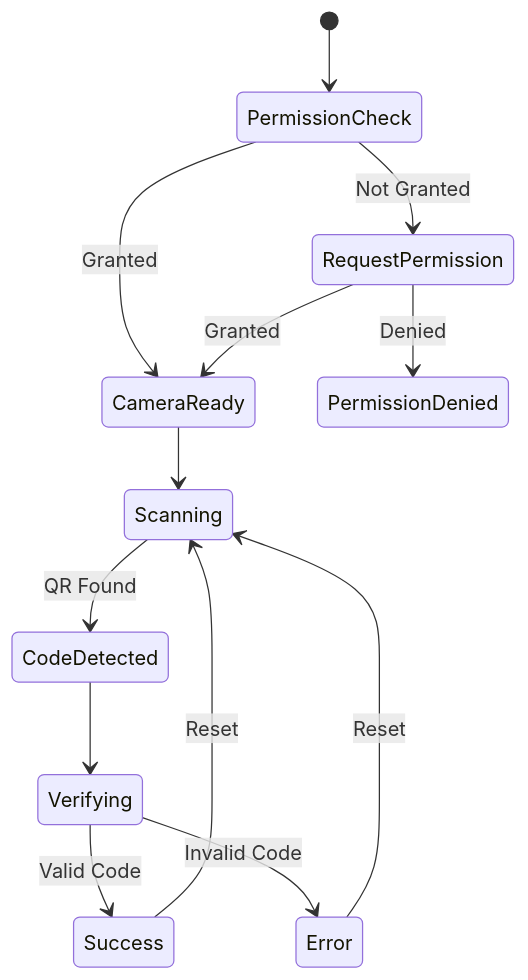
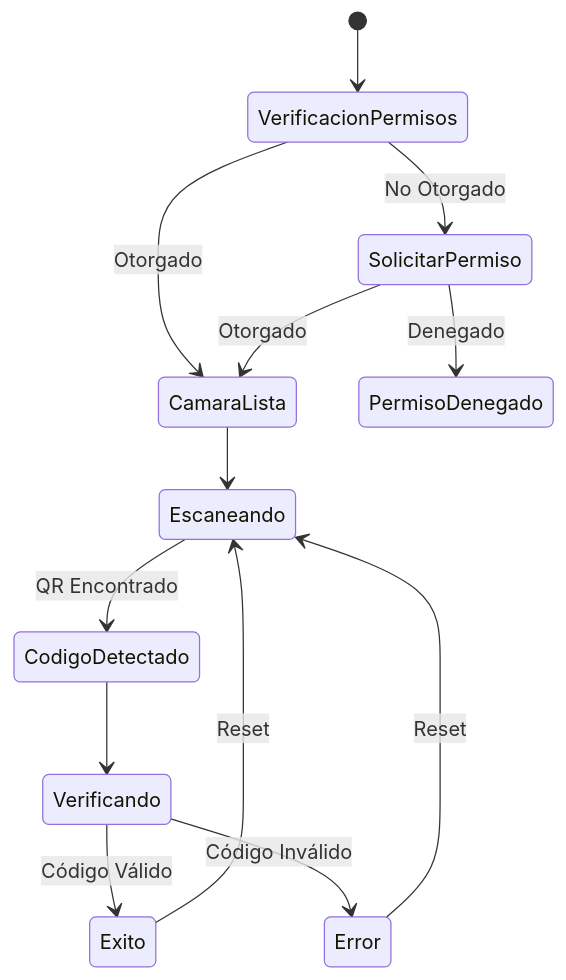
One commit to Erick-arch-bit/AquaScan changed the second of 2 diagrams in Docs/ARCHITECTURE.md. Above: the diagram before and after it, drawn with Mermaid. The commit also changed other lines of this file and 4 other files, not shown here.

````diff
--- a/Docs/ARCHITECTURE.md
+++ b/Docs/ARCHITECTURE.md
@@ -123,15 +123,15 @@
 ```mermaid
 stateDiagram-v2
-    [*] --> PermissionCheck
-    PermissionCheck --> RequestPermission: Not Granted
-    PermissionCheck --> CameraReady: Granted
-    RequestPermission --> CameraReady: Granted
-    RequestPermission --> PermissionDenied: Denied
-    CameraReady --> Scanning
-    Scanning --> CodeDetected: QR Found
-    CodeDetected --> Verifying
-    Verifying --> Success: Valid Code
-    Verifying --> Error: Invalid Code
-    Success --> Scanning: Reset
-    Error --> Scanning: Reset
+    [*] --> VerificacionPermisos
+    VerificacionPermisos --> SolicitarPermiso: No Otorgado
+    VerificacionPermisos --> CamaraLista: Otorgado
+    SolicitarPermiso --> CamaraLista: Otorgado
+    SolicitarPermiso --> PermisoDenegado: Denegado
+    CamaraLista --> Escaneando
+    Escaneando --> CodigoDetectado: QR Encontrado
+    CodigoDetectado --> Verificando
+    Verificando --> Exito: Código Válido
+    Verificando --> Error: Código Inválido
+    Exito --> Escaneando: Reset
+    Error --> Escaneando: Reset
 ```
````
